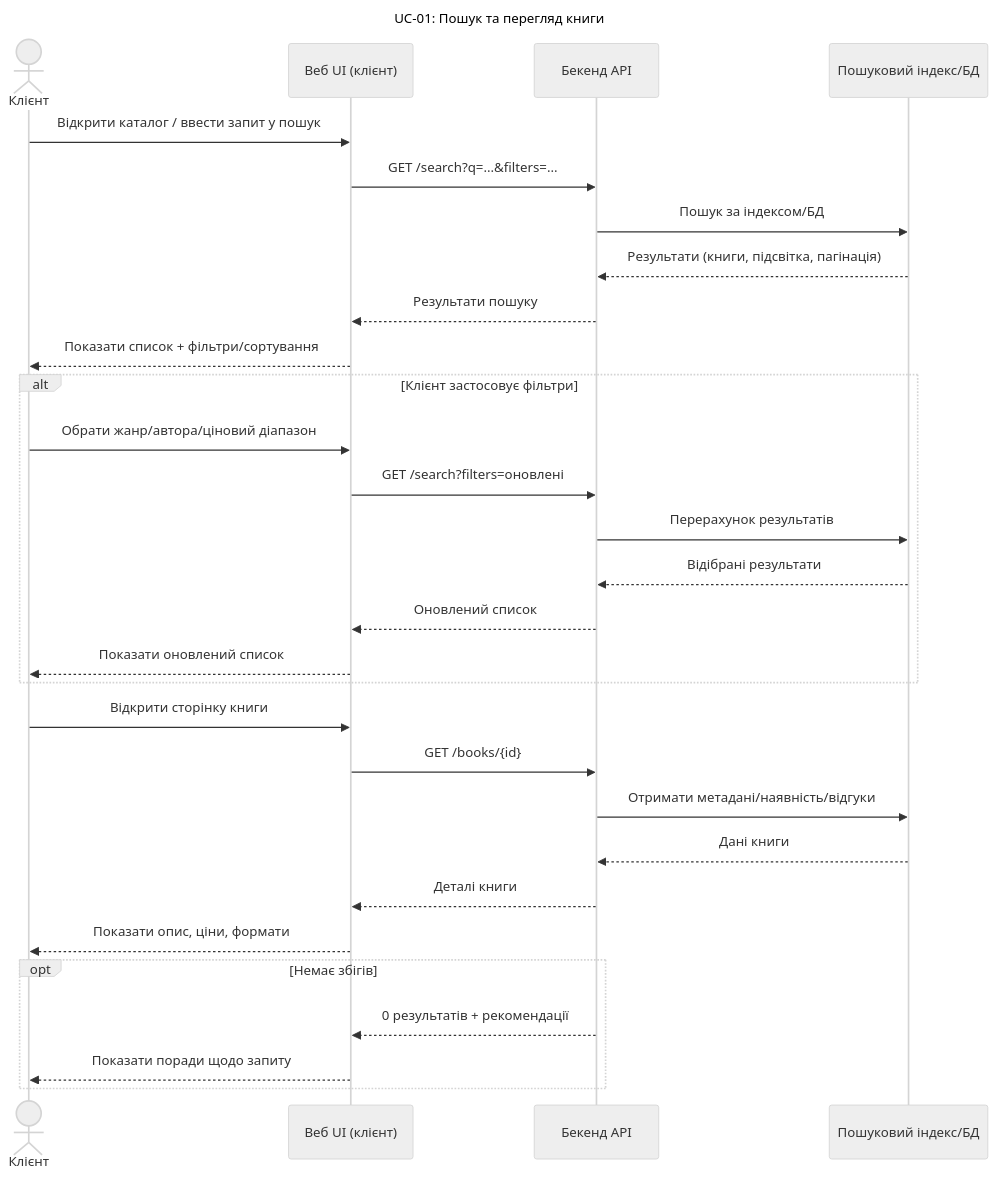
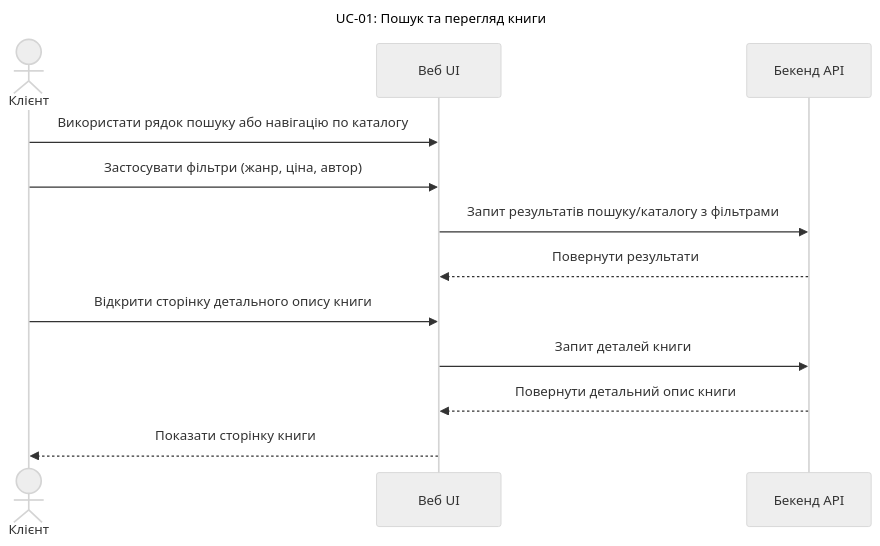
One commit to iamvladshevchuk/singularitarians changed the first of 5 diagrams in 2_PRODUCT_OVERVIEW.md. Above: the diagram before and after it, drawn with Mermaid (neutral theme). The commit also changed other lines of this file, not shown here.

````diff
--- a/2_PRODUCT_OVERVIEW.md
+++ b/2_PRODUCT_OVERVIEW.md
@@ -61,36 +61,17 @@
 ```mermaid
 sequenceDiagram
     title UC-01: Пошук та перегляд книги
     actor Клієнт
-    participant Веб_UI as Веб UI (клієнт)
+    participant Веб_UI as Веб UI
     participant API as Бекенд API
-    participant IDX as Пошуковий індекс/БД
 
-    Клієнт->>Веб_UI: Відкрити каталог / ввести запит у пошук
-    Веб_UI->>API: GET /search?q=...&filters=...
-    API->>IDX: Пошук за індексом/БД
-    IDX-->>API: Результати (книги, підсвітка, пагінація)
-    API-->>Веб_UI: Результати пошуку
-    Веб_UI-->>Клієнт: Показати список + фільтри/сортування
+    Клієнт->>Веб_UI: Використати рядок пошуку або навігацію по каталогу
+    Клієнт->>Веб_UI: Застосувати фільтри (жанр, ціна, автор)
+    Веб_UI->>API: Запит результатів пошуку/каталогу з фільтрами
+    API-->>Веб_UI: Повернути результати
+    Клієнт->>Веб_UI: Відкрити сторінку детального опису книги
+    Веб_UI->>API: Запит деталей книги
+    API-->>Веб_UI: Повернути детальний опис книги
+    Веб_UI-->>Клієнт: Показати сторінку книги
 
-    alt Клієнт застосовує фільтри
-        Клієнт->>Веб_UI: Обрати жанр/автора/ціновий діапазон
-        Веб_UI->>API: GET /search?filters=оновлені
-        API->>IDX: Перерахунок результатів
-        IDX-->>API: Відібрані результати
-        API-->>Веб_UI: Оновлений список
-        Веб_UI-->>Клієнт: Показати оновлений список
-    end
-
-    Клієнт->>Веб_UI: Відкрити сторінку книги
-    Веб_UI->>API: GET /books/{id}
-    API->>IDX: Отримати метадані/наявність/відгуки
-    IDX-->>API: Дані книги
-    API-->>Веб_UI: Деталі книги
-    Веб_UI-->>Клієнт: Показати опис, ціни, формати
-
-    opt Немає збігів
-        API-->>Веб_UI: 0 результатів + рекомендації
-        Веб_UI-->>Клієнт: Показати поради щодо запиту
-    end
 ```
````
